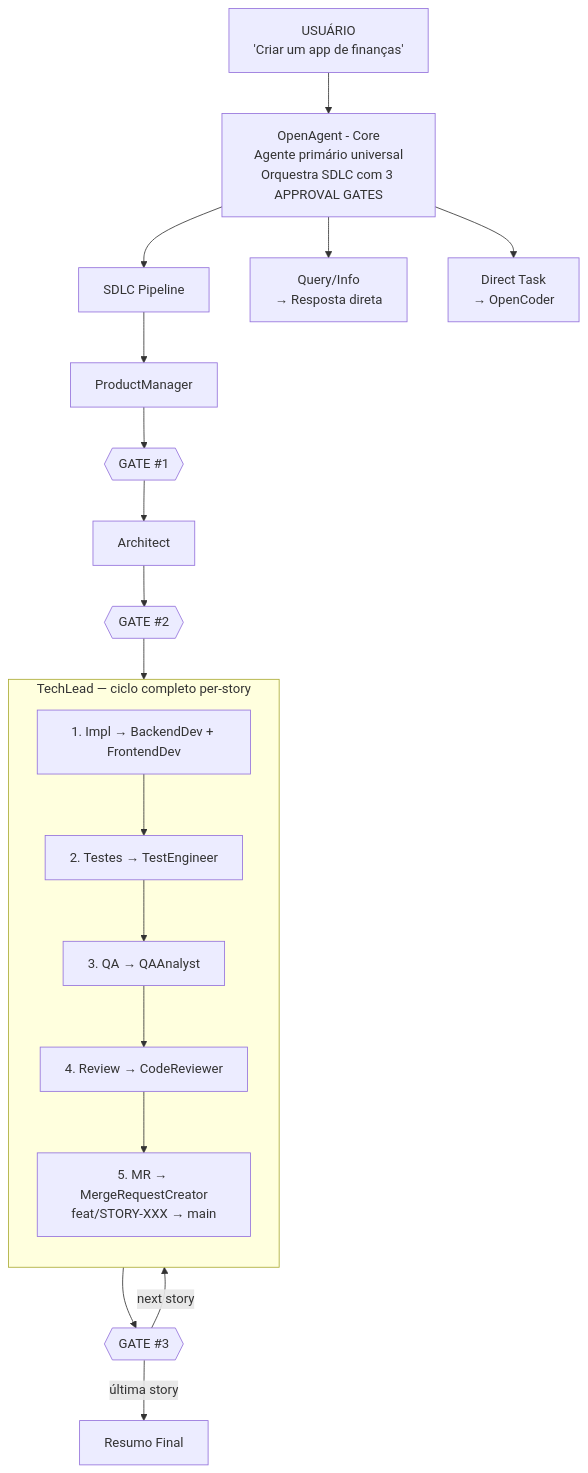
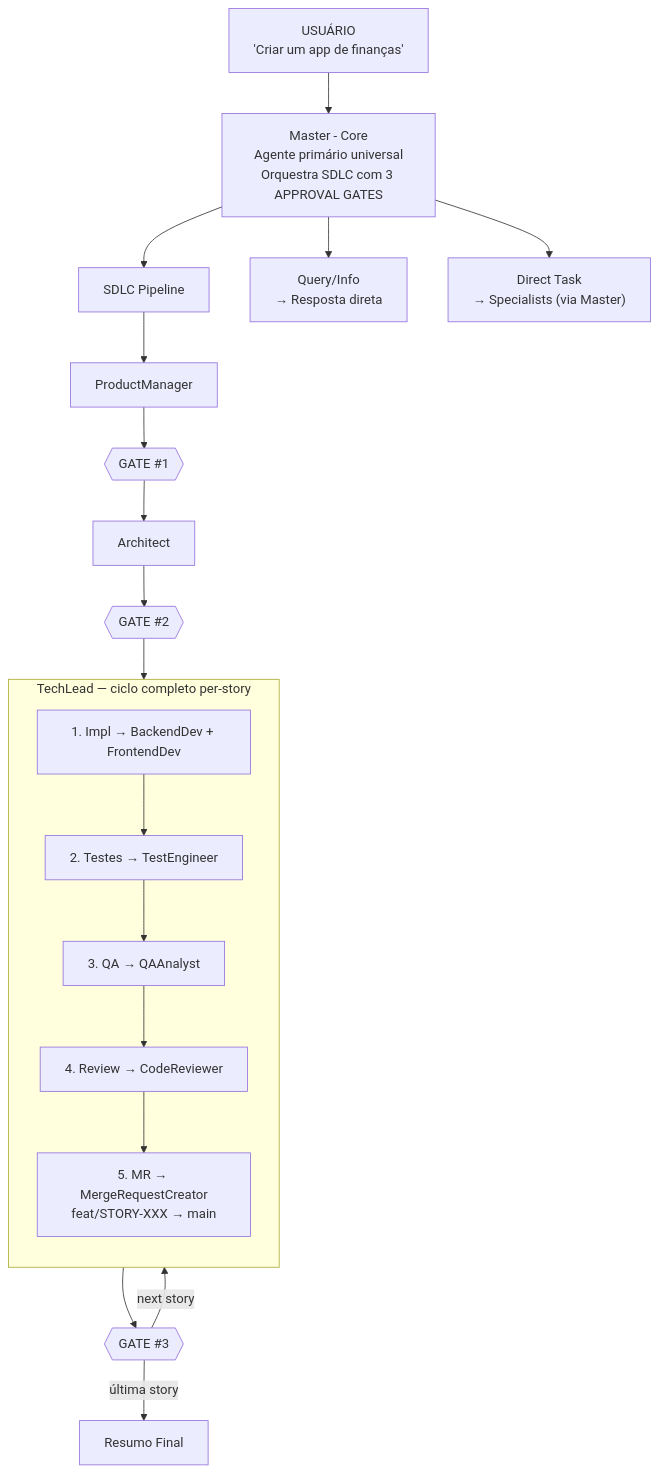
The first of 3 diagrams in HOW_IT_WORKS.md (dgofreitas/opencode-workflow), drawn with Mermaid before and after one commit. The commit also changed other lines of this file and 28 other files, not shown here.

````diff
--- a/HOW_IT_WORKS.md
+++ b/HOW_IT_WORKS.md
@@ -9,28 +9,28 @@
 ```mermaid
 graph TD
     User["USUÁRIO<br/>'Criar um app de finanças'"] --> OA
 
-    OA["OpenAgent - Core<br/>Agente primário universal<br/>Orquestra SDLC com 3 APPROVAL GATES"]
+    OA["Master - Core<br/>Agente primário universal<br/>Orquestra SDLC com 3 APPROVAL GATES"]
 
     OA --> SDLC[SDLC Pipeline]
     OA --> QI["Query/Info<br/>→ Resposta direta"]
-    OA --> DT["Direct Task<br/>→ OpenCoder"]
+    OA --> DT["Direct Task<br/>→ Specialists (via Master)"]
 
     SDLC --> PM[ProductManager]
     PM --> G1{{"GATE #1"}}
     G1 --> Arch[Architect]
     Arch --> G2{{"GATE #2"}}
     G2 --> TLBox
 
     subgraph TLBox["TechLead — ciclo completo per-story"]
         direction TB
         I1["1. Impl → BackendDev + FrontendDev"] --> I2["2. Testes → TestEngineer"]
         I2 --> I3["3. QA → QAAnalyst"]
         I3 --> I4["4. Review → CodeReviewer"]
         I4 --> I5["5. MR → MergeRequestCreator<br/>feat/STORY-XXX → main"]
     end
 
     TLBox --> G3{{"GATE #3"}}
     G3 -->|"next story"| TLBox
     G3 -->|"última story"| End["Resumo Final"]
 ```
````
